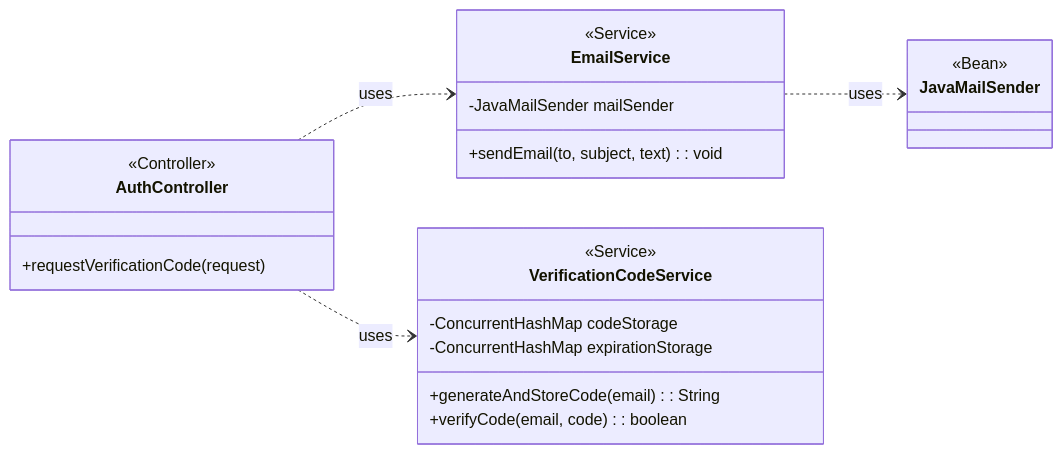
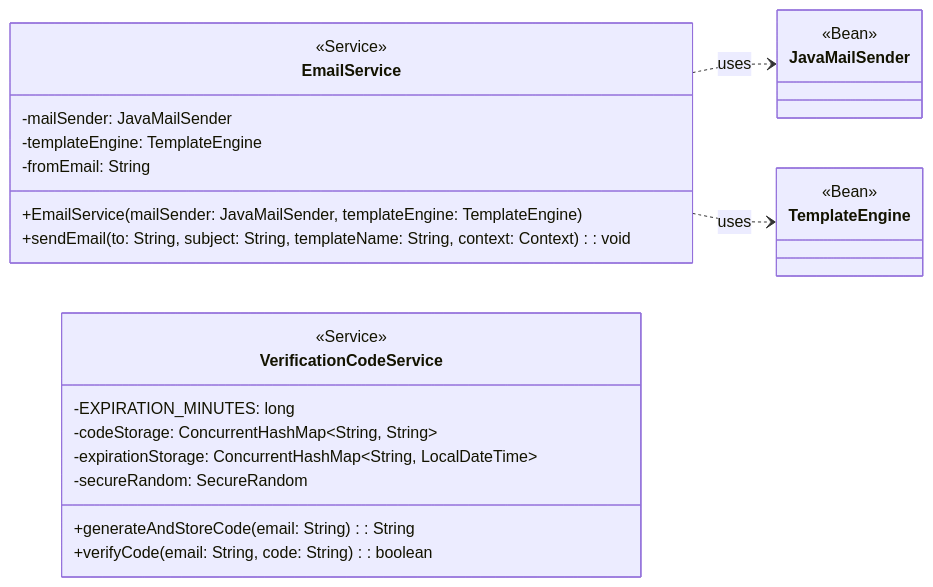
One commit to rororo33/game-s-cord changed the diagram in SDS/classDiagram/emailClassDiagram.md. Above: the diagram before and after it, drawn with Mermaid. The commit also changed other lines of this file and 11 other files, not shown here.

Commit message:
feat:classDiagram

````diff
--- a/SDS/classDiagram/emailClassDiagram.md
+++ b/SDS/classDiagram/emailClassDiagram.md
@@ -3,32 +3,35 @@
 ```mermaid
 classDiagram
     direction LR
 
-    class AuthController {
-        <<Controller>>
-        +requestVerificationCode(request)
-    }
-
     class EmailService {
         <<Service>>
-        -JavaMailSender mailSender
-        +sendEmail(to, subject, text): void
+        -mailSender: JavaMailSender
+        -templateEngine: TemplateEngine
+        -fromEmail: String
+        +EmailService(mailSender: JavaMailSender, templateEngine: TemplateEngine)
+        +sendEmail(to: String, subject: String, templateName: String, context: Context): void
     }
 
     class VerificationCodeService {
         <<Service>>
-        -ConcurrentHashMap codeStorage
-        -ConcurrentHashMap expirationStorage
-        +generateAndStoreCode(email): String
-        +verifyCode(email, code): boolean
+        -EXPIRATION_MINUTES: long
+        -codeStorage: ConcurrentHashMap~String, String~
+        -expirationStorage: ConcurrentHashMap~String, LocalDateTime~
+        -secureRandom: SecureRandom
+        +generateAndStoreCode(email: String): String
+        +verifyCode(email: String, code: String): boolean
     }
     
     class JavaMailSender {
         <<Bean>>
     }
+    
+    class TemplateEngine {
+        <<Bean>>
+    }
 
-    %% Relationships
-    AuthController ..> EmailService : uses
-    AuthController ..> VerificationCodeService : uses
+
     EmailService ..> JavaMailSender : uses
+    EmailService ..> TemplateEngine : uses
 ```
````
